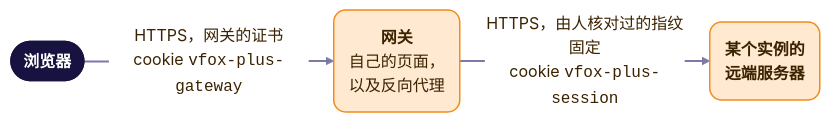
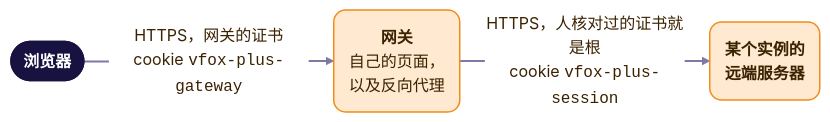
The fifth of 5 diagrams in docs/zh-CN/dev/architecture.md (version-fox/vfox-plus), drawn with Mermaid before and after one commit. The commit also changed other lines of this file and 14 other files, not shown here.

````diff
--- a/docs/zh-CN/dev/architecture.md
+++ b/docs/zh-CN/dev/architecture.md
@@ -485,33 +485,33 @@
 ```mermaid
 ---
 config:
   theme: base
   themeVariables:
     fontFamily: "system-ui, -apple-system, 'Segoe UI', 'Noto Sans', 'Noto Sans CJK SC', 'PingFang SC', 'Microsoft YaHei', sans-serif"
     lineColor: "#7C79A8"
     primaryColor: "#FFE9D0"
     primaryBorderColor: "#F28C1B"
     primaryTextColor: "#3B2200"
     clusterBkg: "#F4F2FF"
     clusterBorder: "#B9B3F5"
     titleColor: "#1E1470"
     edgeLabelBackground: "#FFFFFF"
   flowchart:
     curve: basis
     wrappingWidth: 320
     subGraphTitleMargin:
       top: 10
       bottom: 8
 ---
 flowchart LR
     accTitle: 网关的两次配对
-    accDescr: 浏览器用网关的证书经 HTTPS 与网关配对，持有 cookie vfox-plus-gateway。网关经 HTTPS 与某个实例的远端服务器配对，证书由人核对过的指纹固定，持有 cookie vfox-plus-session。网关提供自己的页面，并转发实例的页面与 API。
+    accDescr: 浏览器用网关的证书经 HTTPS 与网关配对，持有 cookie vfox-plus-gateway。网关经 HTTPS 与某个实例的远端服务器配对，以人核对过的证书为唯一的根，持有 cookie vfox-plus-session。网关提供自己的页面，并转发实例的页面与 API。
     b(["<b>浏览器</b>"]) -->|"HTTPS，网关的证书<br/>cookie <code>vfox-plus-gateway</code>"| g("<b>网关</b><br/>自己的页面，<br/>以及反向代理")
-    g -->|"HTTPS，由人核对过的指纹固定<br/>cookie <code>vfox-plus-session</code>"| r("<b>某个实例的</b><br/><b>远端服务器</b>")
+    g -->|"HTTPS，人核对过的证书就是根<br/>cookie <code>vfox-plus-session</code>"| r("<b>某个实例的</b><br/><b>远端服务器</b>")
 
     classDef own fill:#FFE9D0,stroke:#F28C1B,color:#3B2200,stroke-width:1.5px,rx:12,ry:12
     classDef client fill:#17123F,stroke:#17123F,color:#FFFFFF,stroke-width:1.5px
     class g,r own
     class b client
     linkStyle default stroke-width:2px
 ```
````
